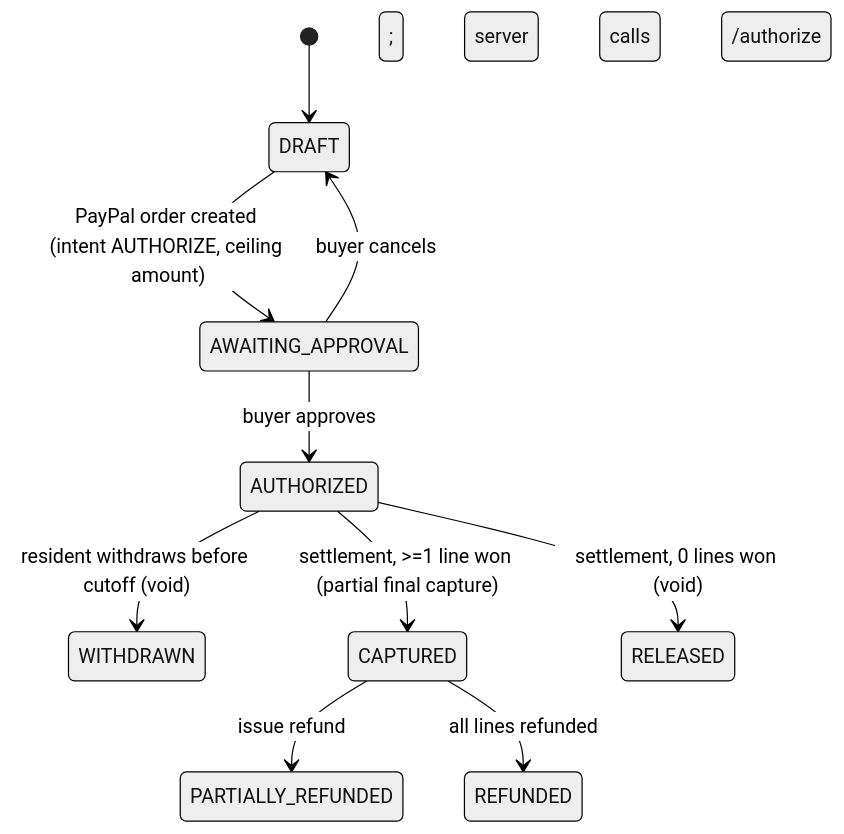
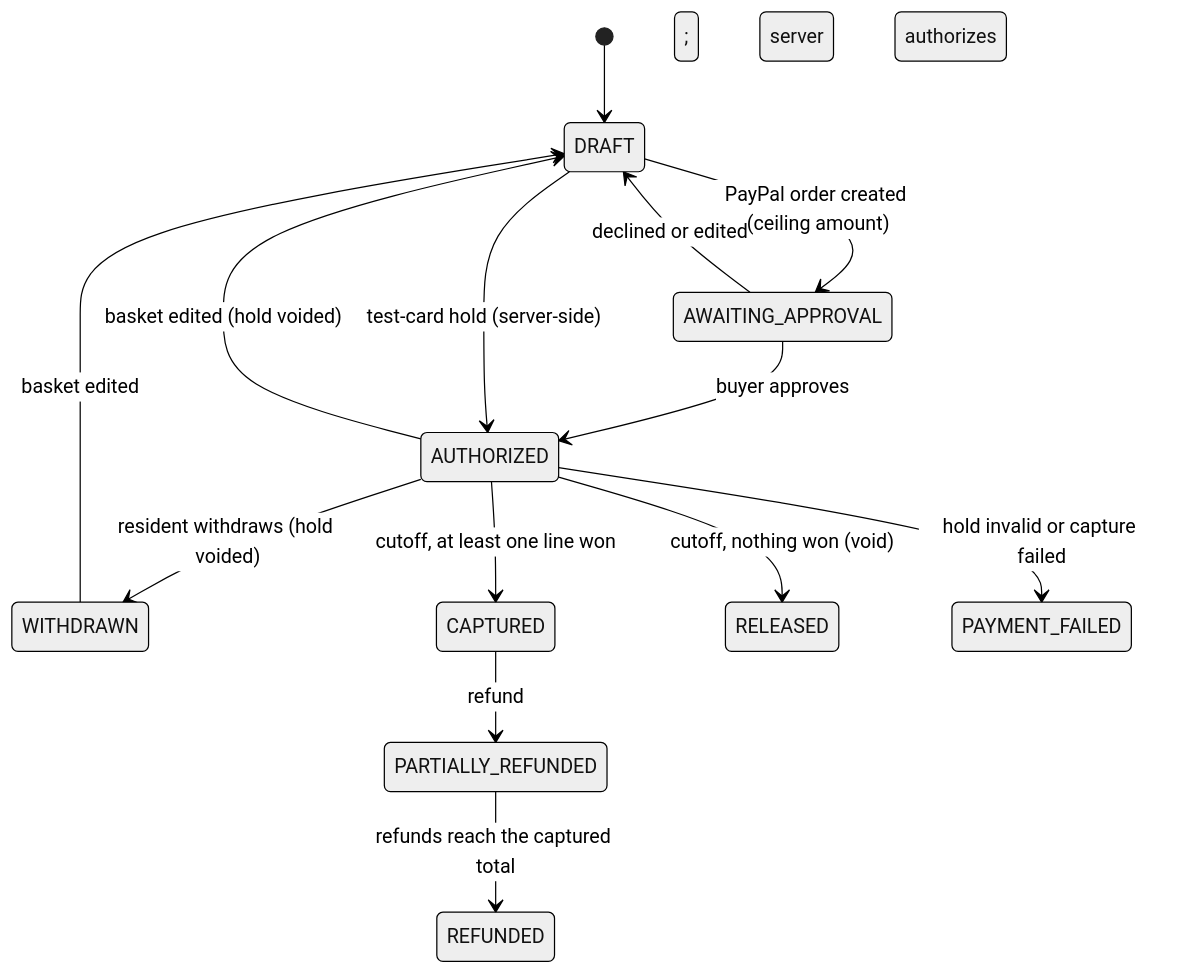
One commit to AnshumSingla/Paypal-AI changed the third of 4 diagrams in docs/02-ARCHITECTURE.md. Above: the diagram before and after it, drawn with Mermaid (neutral theme). The commit also changed other lines of this file and 17 other files, not shown here.

First line of the commit message:
Docs match the code; Collective name inside PayPal; drop unused env vars

````diff
--- a/docs/02-ARCHITECTURE.md
+++ b/docs/02-ARCHITECTURE.md
@@ -182,12 +131,16 @@
 ```mermaid
 stateDiagram-v2
   [*] --> DRAFT
-  DRAFT --> AWAITING_APPROVAL: PayPal order created (intent AUTHORIZE, ceiling amount)
-  AWAITING_APPROVAL --> AUTHORIZED: buyer approves; server calls /authorize
-  AWAITING_APPROVAL --> DRAFT: buyer cancels
-  AUTHORIZED --> WITHDRAWN: resident withdraws before cutoff (void)
-  AUTHORIZED --> CAPTURED: settlement, >=1 line won (partial final capture)
-  AUTHORIZED --> RELEASED: settlement, 0 lines won (void)
-  CAPTURED --> PARTIALLY_REFUNDED: issue refund
-  CAPTURED --> REFUNDED: all lines refunded
+  DRAFT --> AWAITING_APPROVAL: PayPal order created (ceiling amount)
+  AWAITING_APPROVAL --> AUTHORIZED: buyer approves; server authorizes
+  AWAITING_APPROVAL --> DRAFT: declined or edited
+  DRAFT --> AUTHORIZED: test-card hold (server-side)
+  AUTHORIZED --> DRAFT: basket edited (hold voided)
+  AUTHORIZED --> WITHDRAWN: resident withdraws (hold voided)
+  WITHDRAWN --> DRAFT: basket edited
+  AUTHORIZED --> CAPTURED: cutoff, at least one line won
+  AUTHORIZED --> RELEASED: cutoff, nothing won (void)
+  AUTHORIZED --> PAYMENT_FAILED: hold invalid or capture failed
+  CAPTURED --> PARTIALLY_REFUNDED: refund
+  PARTIALLY_REFUNDED --> REFUNDED: refunds reach the captured total
 ```
````
